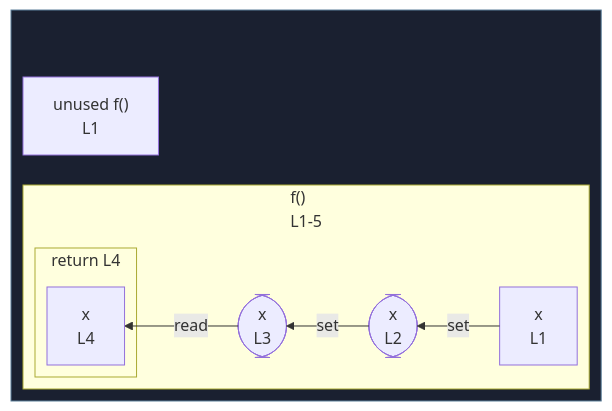
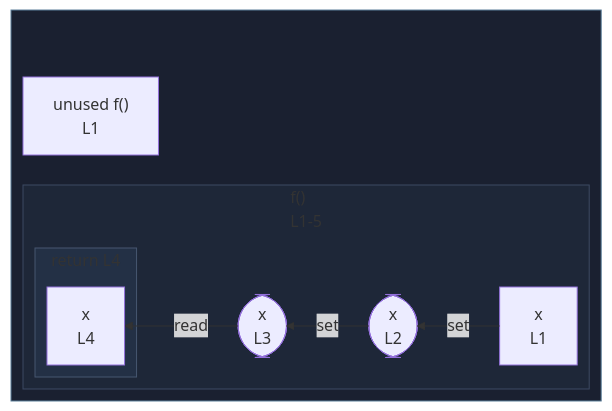
One commit to crescware/unsnarl changed the diagram in integration/fixtures/function/arrow/parameter-reassignment/preview.md. Above: the diagram before and after it, drawn with Mermaid. The commit also changed 249 other files, not shown here.

First line of the commit message:
Color Mermaid subgraphs by nesting depth via theme palette

````diff
--- a/integration/fixtures/function/arrow/parameter-reassignment/preview.md
+++ b/integration/fixtures/function/arrow/parameter-reassignment/preview.md
@@ -15,23 +15,27 @@
 ```mermaid
 %%{init: {"flowchart": {"defaultRenderer": "elk"}}}%%
 flowchart RL
   subgraph wrap_s_scope_1[" "]
     direction TB
     n_scope_0_f_6["unused f()<br/>L1"]
     subgraph s_scope_1["f()<br/>L1-5"]
       direction RL
       n_scope_1_x_11["x<br/>L1"]
       wr_ref_1(["x<br/>L2"])
       wr_ref_3(["x<br/>L3"])
       subgraph s_return_scope_0_f_6_55_64["return L4"]
         direction RL
         ret_use_ref_5["x<br/>L4"]
       end
     end
   end
   n_scope_1_x_11 -->|set| wr_ref_1
   wr_ref_1 -->|set| wr_ref_3
   wr_ref_3 -->|read| ret_use_ref_5
   classDef fnWrap fill:#1a2030,stroke:#5a7d99;
   class wrap_s_scope_1 fnWrap;
+  classDef nestL1 fill:#1e2738,stroke:#3d4a63;
+  class s_scope_1 nestL1;
+  classDef nestL2 fill:#233045,stroke:#475670;
+  class s_return_scope_0_f_6_55_64 nestL2;
 ```
````
